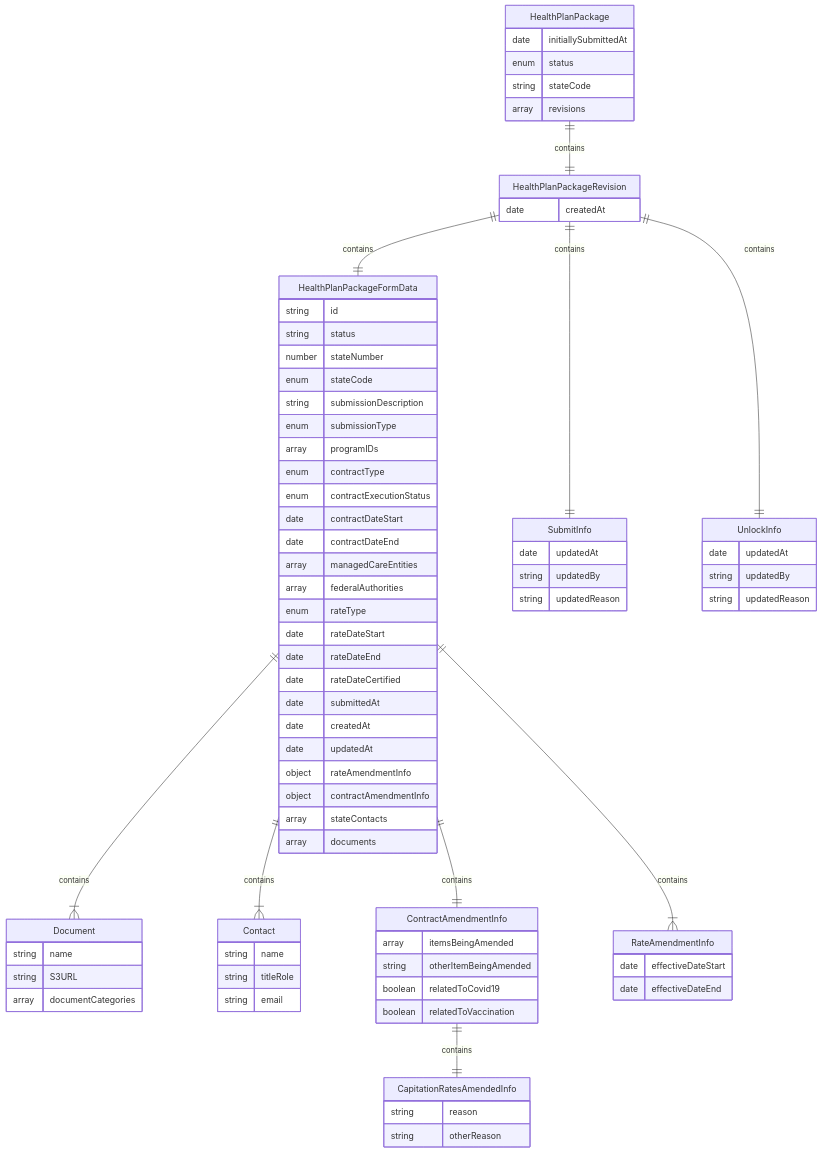
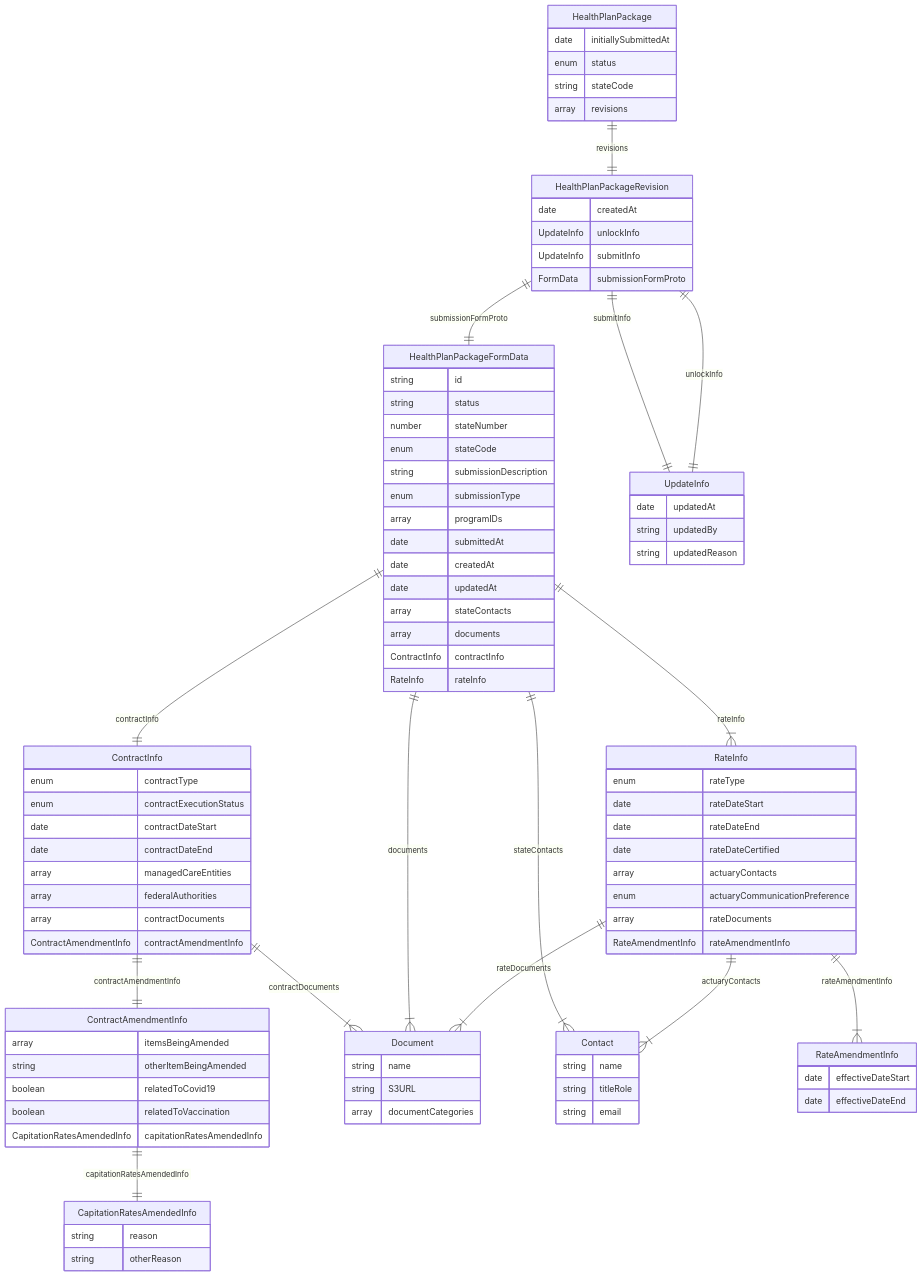
Before and after one commit to Enterprise-CMCS/managed-care-review: the second of 2 diagrams in docs/submissionDiagram.md, drawn with Mermaid.

````diff
--- a/docs/submissionDiagram.md
+++ b/docs/submissionDiagram.md
@@ -29,26 +29,25 @@
     string stateCode
     array revisions
 }
-HealthPlanPackage ||--|| HealthPlanPackageRevision: contains
+HealthPlanPackage ||--|| HealthPlanPackageRevision: revisions
 
 HealthPlanPackageRevision {
     date createdAt
+    UpdateInfo unlockInfo
+    UpdateInfo submitInfo
+    FormData submissionFormProto
 }
 
-HealthPlanPackageRevision ||--|| HealthPlanPackageFormData: contains
-HealthPlanPackageRevision ||--|| SubmitInfo : contains
-SubmitInfo {
+HealthPlanPackageRevision ||--|| HealthPlanPackageFormData: submissionFormProto
+
+HealthPlanPackageRevision ||--|| UpdateInfo : "submitInfo"
+HealthPlanPackageRevision ||--|| UpdateInfo : "unlockInfo"
+UpdateInfo {
   date updatedAt
   string updatedBy
   string updatedReason
 }
 
-HealthPlanPackageRevision ||--|| UnlockInfo : contains
-UnlockInfo {
-  date updatedAt
-  string updatedBy
-  string updatedReason
-}
 
 HealthPlanPackageFormData {
     string id
@@ -58,59 +57,81 @@
     string submissionDescription
     enum submissionType
     array programIDs
+    date submittedAt
+    date createdAt
+    date updatedAt
+    array stateContacts
+    array documents
+    ContractInfo  contractInfo
+    RateInfo rateInfo
+}
+
+HealthPlanPackageFormData || -- || ContractInfo : contractInfo
+ContractInfo {
     enum contractType
     enum contractExecutionStatus
     date contractDateStart
     date contractDateEnd
     array managedCareEntities
     array federalAuthorities
+    array contractDocuments
+    ContractAmendmentInfo contractAmendmentInfo
+}
+
+ContractInfo ||--|| ContractAmendmentInfo : contractAmendmentInfo
+ContractAmendmentInfo {
+    array itemsBeingAmended
+    string otherItemBeingAmended
+    boolean relatedToCovid19
+    boolean relatedToVaccination
+    CapitationRatesAmendedInfo capitationRatesAmendedInfo
+}
+
+ContractAmendmentInfo ||--|| CapitationRatesAmendedInfo : capitationRatesAmendedInfo
+CapitationRatesAmendedInfo {
+    string reason
+    string otherReason
+}
+
+
+Document {
+    string name
+    string S3URL
+    array documentCategories
+}
+
+
+Contact {
+    string name
+    string titleRole
+    string email
+}
+
+HealthPlanPackageFormData ||--|{ RateInfo : rateInfo
+   RateInfo {
     enum rateType
     date rateDateStart
     date rateDateEnd
     date rateDateCertified
-    date submittedAt
-    date createdAt
-    date updatedAt
-    object rateAmendmentInfo
-    object contractAmendmentInfo
-    array stateContacts
-    array documents
-}
+    array actuaryContacts
+    enum actuaryCommunicationPreference
+    array rateDocuments
+    RateAmendmentInfo rateAmendmentInfo
+    }
 
-HealthPlanPackageFormData ||--|{ Document : contains
-    Document {
-        string name
-        string S3URL
-        array documentCategories
+HealthPlanPackageFormData ||--|{ Contact : "stateContacts"
+RateInfo ||--|{ Contact : "actuaryContacts"
 
+RateInfo ||--|{ RateAmendmentInfo : rateAmendmentInfo
+   RateAmendmentInfo {
+    date effectiveDateStart
+    date effectiveDateEnd
     }
 
 
-HealthPlanPackageFormData ||--|{ Contact : contains
-    Contact {
-        string name
-        string titleRole
-        string email
-    }
-
-HealthPlanPackageFormData ||--|| ContractAmendmentInfo : contains
-   ContractAmendmentInfo {
-      array itemsBeingAmended
-      string otherItemBeingAmended
-      boolean relatedToCovid19
-      boolean relatedToVaccination
-    }
-
- ContractAmendmentInfo ||--|| CapitationRatesAmendedInfo : contains
-   CapitationRatesAmendedInfo {
-      string reason
-      string otherReason
-    }
+ContractInfo ||--|{ Document : "contractDocuments"
+HealthPlanPackageFormData ||--|{ Document : "documents"
+RateInfo ||--|{ Document : "rateDocuments"
 
 
-HealthPlanPackageFormData ||--|{ RateAmendmentInfo : contains
-   RateAmendmentInfo {
-      date effectiveDateStart
-       date effectiveDateEnd
-    }
 ```
````
